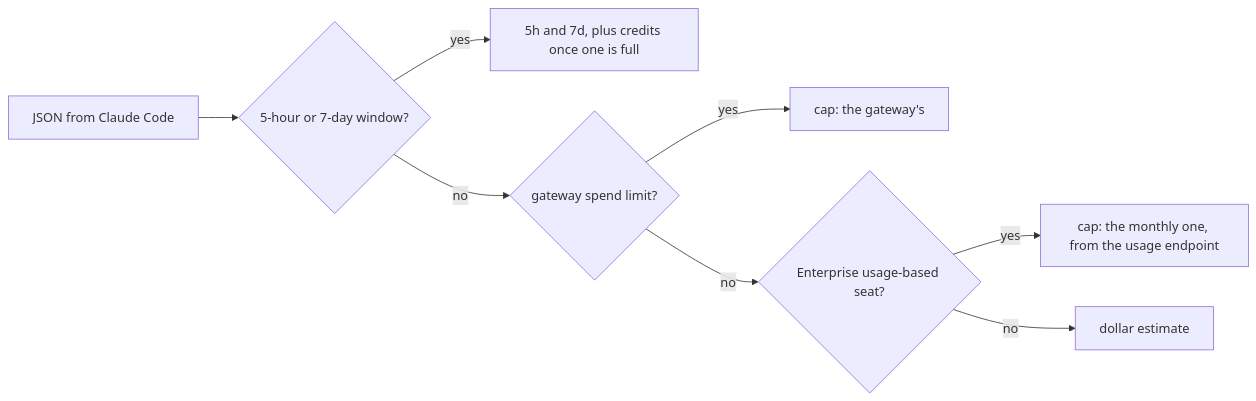
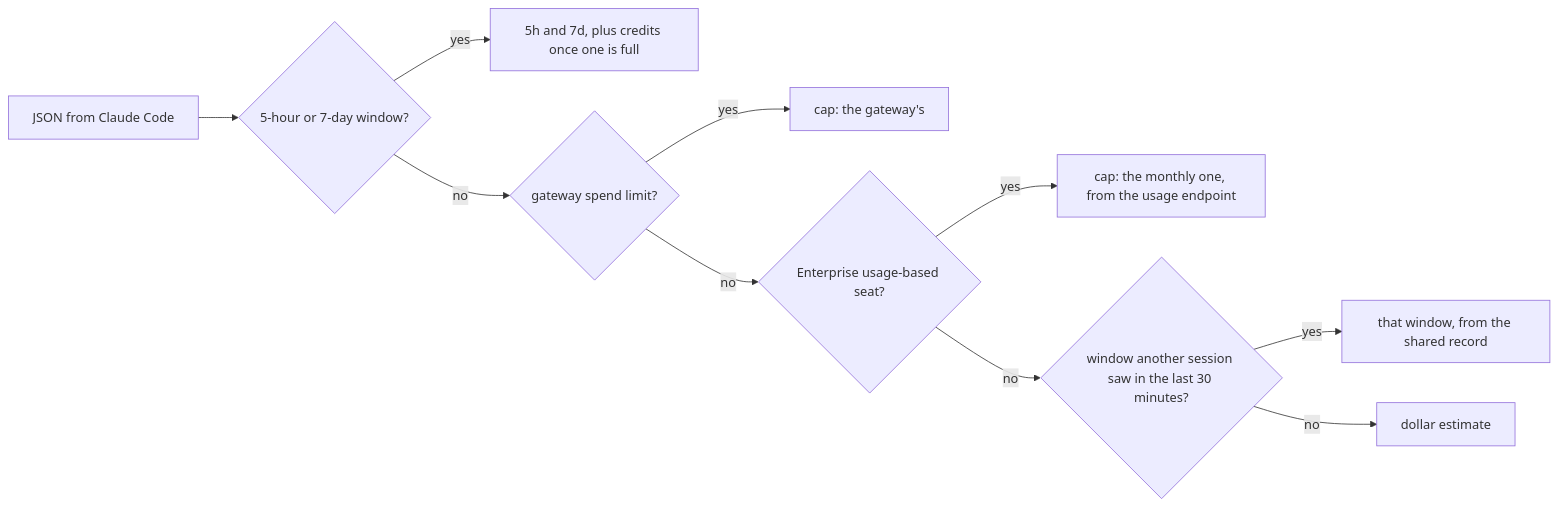
One commit to dima-gusyatiner/budget-statusline changed the diagram in docs/how-it-works.md. Above: the diagram before and after it, drawn with Mermaid. The commit also changed other lines of this file and 1 other file, not shown here.

First line of the commit message:
docs: describe the shared figures a new session shows

````diff
--- a/docs/how-it-works.md
+++ b/docs/how-it-works.md
@@ -7,10 +7,12 @@
 ```mermaid
 flowchart LR
     J["JSON from Claude Code"] --> Q1{"5-hour or 7-day window?"}
     Q1 -- yes --> A["5h and 7d, plus credits once one is full"]
     Q1 -- no --> Q2{"gateway spend limit?"}
     Q2 -- yes --> B["cap: the gateway's"]
     Q2 -- no --> Q3{"Enterprise usage-based seat?"}
     Q3 -- yes --> C["cap: the monthly one, from the usage endpoint"]
-    Q3 -- no --> D["dollar estimate"]
+    Q3 -- no --> Q4{"window another session saw in the last 30 minutes?"}
+    Q4 -- yes --> E["that window, from the shared record"]
+    Q4 -- no --> D["dollar estimate"]
 ```
````
